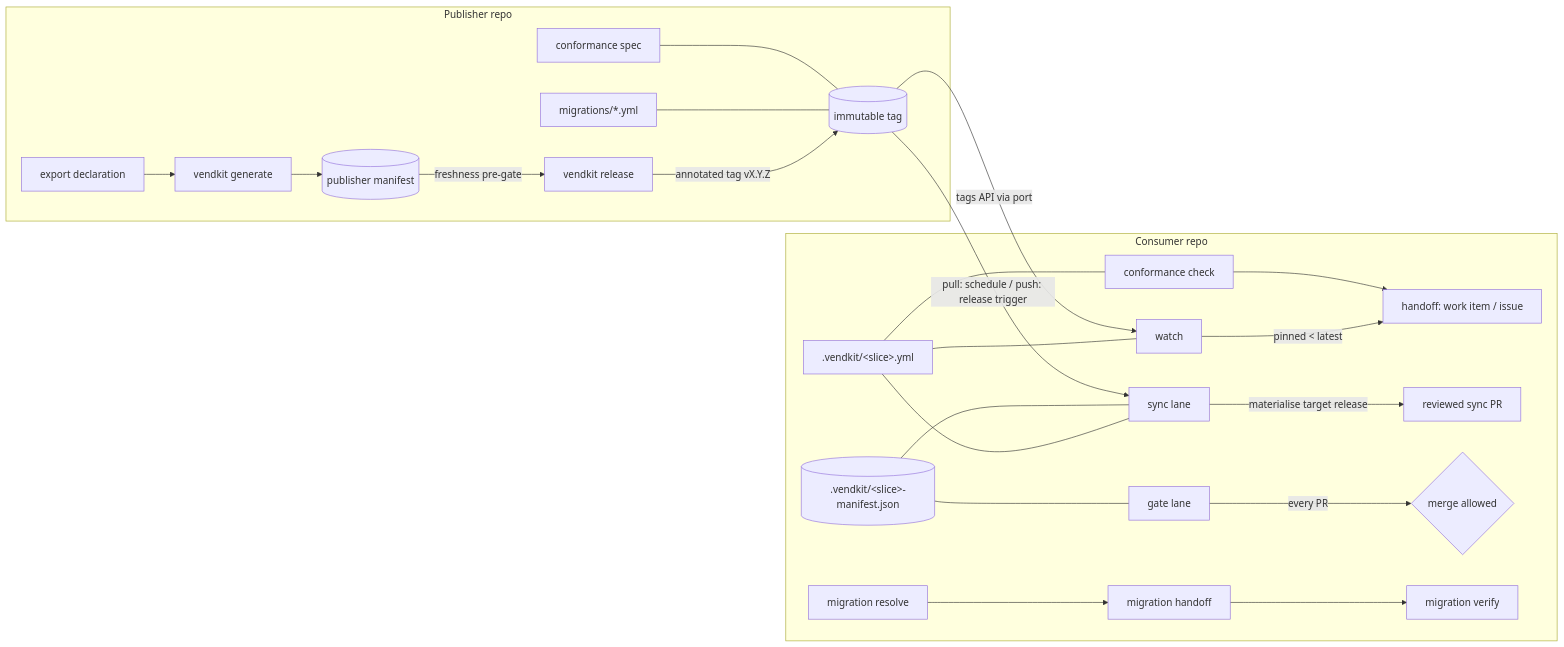
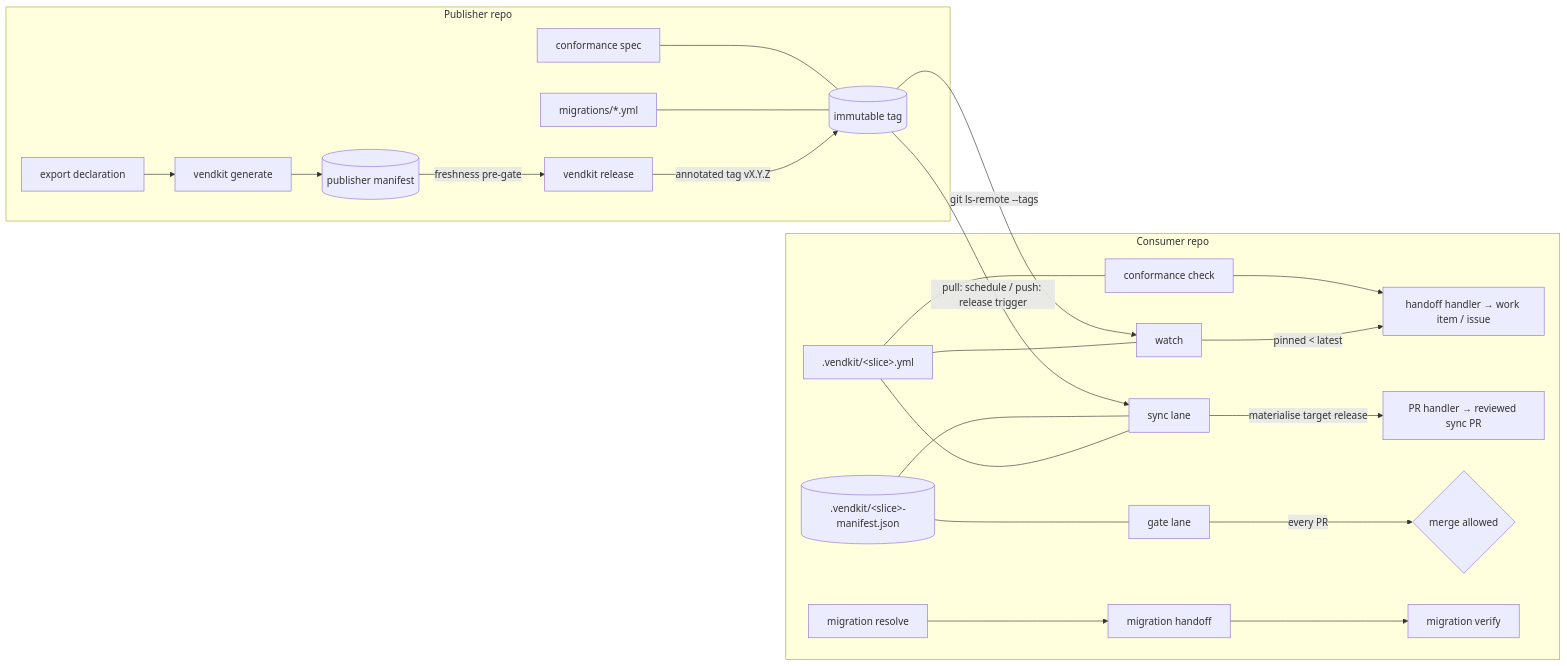
One commit to jameswbaxter/vendkit changed the diagram in docs/architecture.md. Above: the diagram before and after it, drawn with Mermaid. The commit also changed other lines of this file and 54 other files, not shown here.

````diff
--- a/docs/architecture.md
+++ b/docs/architecture.md
@@ -37,24 +45,24 @@
 ```mermaid
 flowchart LR
   subgraph Publisher repo
     D[export declaration] --> G[vendkit generate]
     G --> M[(publisher manifest)]
     R[vendkit release] -->|annotated tag vX.Y.Z| T[(immutable tag)]
     M -->|freshness pre-gate| R
     MIG[migrations/*.yml] --- T
     CS[conformance spec] --- T
   end
 
   subgraph Consumer repo
-    W[watch] -->|pinned < latest| H[handoff: work item / issue]
-    S[sync lane] -->|materialise target release| PR[reviewed sync PR]
+    W[watch] -->|pinned < latest| H[handoff handler → work item / issue]
+    S[sync lane] -->|materialise target release| PR[PR handler → reviewed sync PR]
     GATE[gate lane] -->|every PR| OK{merge allowed}
     MR[migration resolve] --> H2[migration handoff] --> V[migration verify]
     C[conformance check] --> H
     CFG[.vendkit/&lt;slice&gt;.yml] --- W & S & C
     CM[(.vendkit/&lt;slice&gt;-manifest.json)] --- GATE & S
   end
 
   T -->|pull: schedule / push: release trigger| S
-  T -->|tags API via port| W
+  T -->|git ls-remote --tags| W
 ```
````
